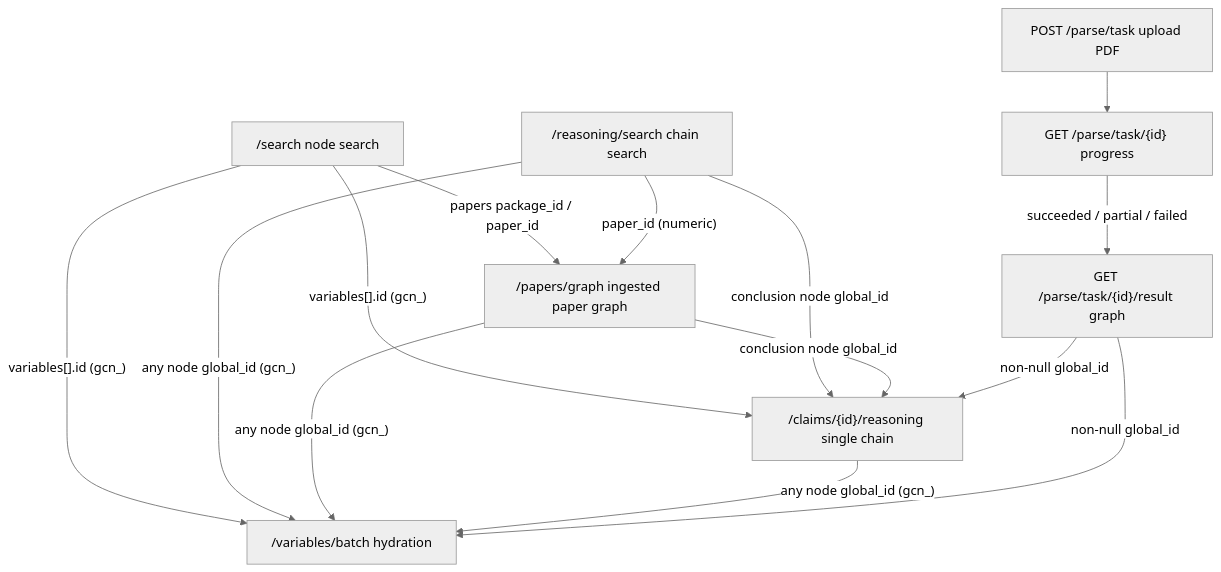
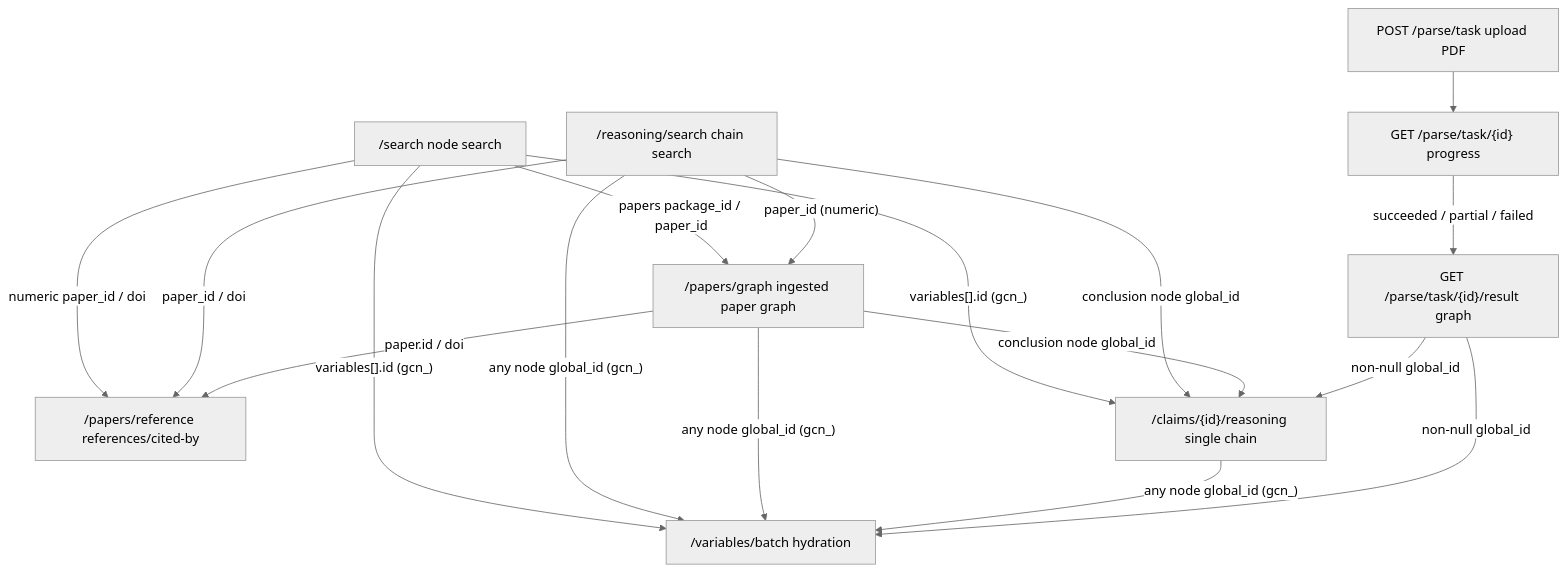
The diagram in en/bohrium-lkm/SKILL.md (dptech-corp/bohrium-skills), drawn with Mermaid (neutral theme) before and after one commit. The commit also changed other lines of this file and 4 other files, not shown here.

````diff
--- a/en/bohrium-lkm/SKILL.md
+++ b/en/bohrium-lkm/SKILL.md
@@ -57,25 +59,29 @@
 ```mermaid
 flowchart TD
     search["/search node search"]
     rsearch["/reasoning/search chain search"]
     pgraph["/papers/graph ingested paper graph"]
+    pref["/papers/reference references/cited-by"]
     creason["/claims/{id}/reasoning single chain"]
     batch["/variables/batch hydration"]
     parse["POST /parse/task upload PDF"]
     pstatus["GET /parse/task/{id} progress"]
     presult["GET /parse/task/{id}/result graph"]
 
     search -->|"variables[].id (gcn_)"| creason
     search -->|"variables[].id (gcn_)"| batch
     search -->|"papers package_id / paper_id"| pgraph
+    search -->|"numeric paper_id / doi"| pref
     rsearch -->|"conclusion node global_id"| creason
     rsearch -->|"any node global_id (gcn_)"| batch
     rsearch -->|"paper_id (numeric)"| pgraph
+    rsearch -->|"paper_id / doi"| pref
     pgraph -->|"conclusion node global_id"| creason
+    pgraph -->|"paper.id / doi"| pref
     pgraph -->|"any node global_id (gcn_)"| batch
     creason -->|"any node global_id (gcn_)"| batch
     parse --> pstatus
     pstatus -->|"succeeded / partial / failed"| presult
     presult -->|"non-null global_id"| creason
     presult -->|"non-null global_id"| batch
 ```
````
